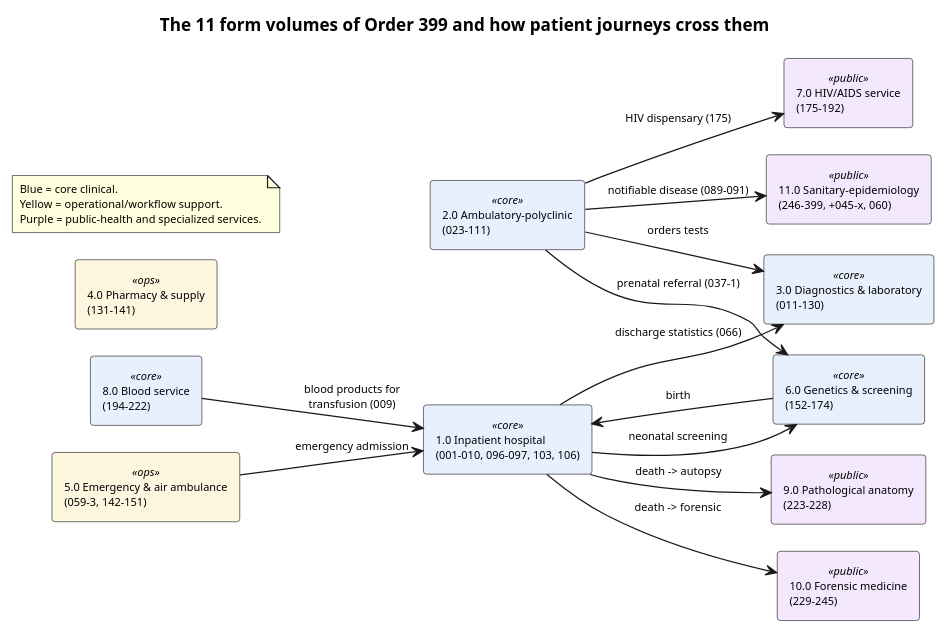
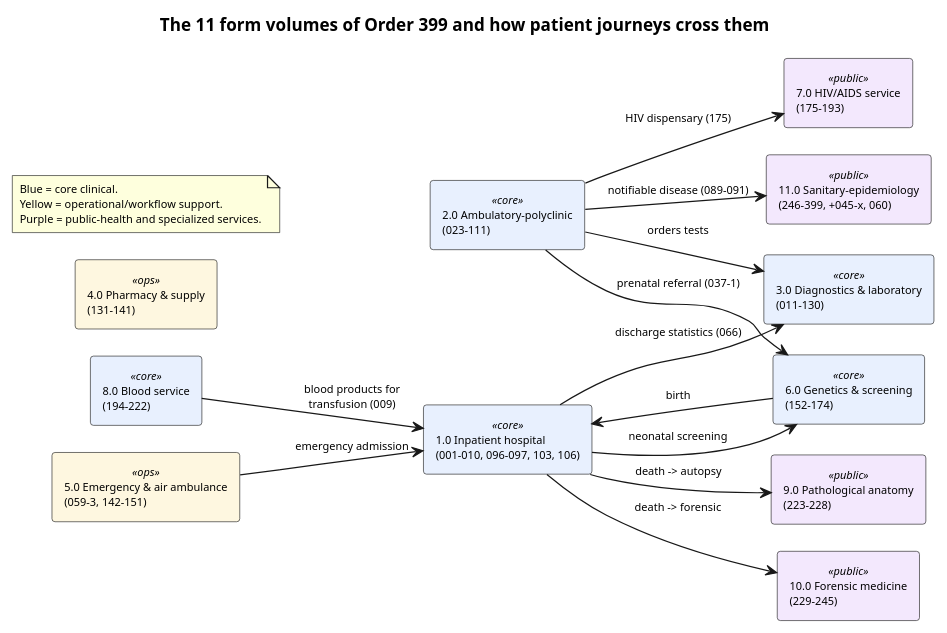
One commit to uzinfocom-org/digital-health-integration changed the diagram in input/images-source/forms-volumes-map.plantuml. Above: the diagram before and after it, drawn with PlantUML. The commit also changed 15 other files, not shown here.

Commit message:
Correct form counts, titles, types and diagrams against Order 399 source

```diff
--- a/input/images-source/forms-volumes-map.plantuml
+++ b/input/images-source/forms-volumes-map.plantuml
@@ -1,45 +1,45 @@
 @startuml forms-volumes-map
 hide empty members
 left to right direction
 skinparam defaultFontSize 9
 skinparam ranksep 24
 skinparam nodesep 22
 skinparam rectangle {
   BackgroundColor<<core>> #E8F0FE
   BackgroundColor<<ops>> #FEF7E0
   BackgroundColor<<public>> #F3E8FD
 }
 title The 11 form volumes of Order 399 and how patient journeys cross them
 
 rectangle "1.0 Inpatient hospital\n(001-010, 096-097, 103, 106)" as V1 <<core>> [[forms-volume-01-inpatient.html]]
 rectangle "2.0 Ambulatory-polyclinic\n(023-111)" as V2 <<core>> [[forms-volume-02-ambulatory.html]]
 rectangle "3.0 Diagnostics & laboratory\n(011-130)" as V3 <<core>> [[forms-volume-03-diagnostics-laboratory.html]]
 rectangle "6.0 Genetics & screening\n(152-174)" as V6 <<core>> [[forms-volume-06-genetics-screening.html]]
 rectangle "8.0 Blood service\n(194-222)" as V8 <<core>> [[forms-volume-08-blood-service.html]]
-rectangle "7.0 HIV/AIDS service\n(175-192)" as V7 <<public>> [[forms-volume-07-hiv.html]]
+rectangle "7.0 HIV/AIDS service\n(175-193)" as V7 <<public>> [[forms-volume-07-hiv.html]]
 
 rectangle "4.0 Pharmacy & supply\n(131-141)" as V4 <<ops>> [[forms-volume-04-pharmacy.html]]
 rectangle "5.0 Emergency & air ambulance\n(059-3, 142-151)" as V5 <<ops>> [[forms-volume-05-emergency.html]]
 
 rectangle "9.0 Pathological anatomy\n(223-228)" as V9 <<public>> [[forms-volume-09-pathology.html]]
 rectangle "10.0 Forensic medicine\n(229-245)" as V10 <<public>> [[forms-volume-10-forensic.html]]
 rectangle "11.0 Sanitary-epidemiology\n(246-399, +045-x, 060)" as V11 <<public>> [[forms-volume-11-sanitary-epidemiology.html]]
 
 V2 --> V3 : orders tests
 V2 --> V6 : prenatal referral (037-1)
 V6 --> V1 : birth
 V1 --> V6 : neonatal screening
 V8 --> V1 : blood products for\ntransfusion (009)
 V1 --> V3 : discharge statistics (066)
 V2 --> V7 : HIV dispensary (175)
 V1 --> V9 : death -> autopsy
 V1 --> V10 : death -> forensic
 V2 --> V11 : notifiable disease (089-091)
 V5 --> V1 : emergency admission
 
 note as N
   Blue = core clinical.
   Yellow = operational/workflow support.
   Purple = public-health and specialized services.
 end note
 @enduml
```
